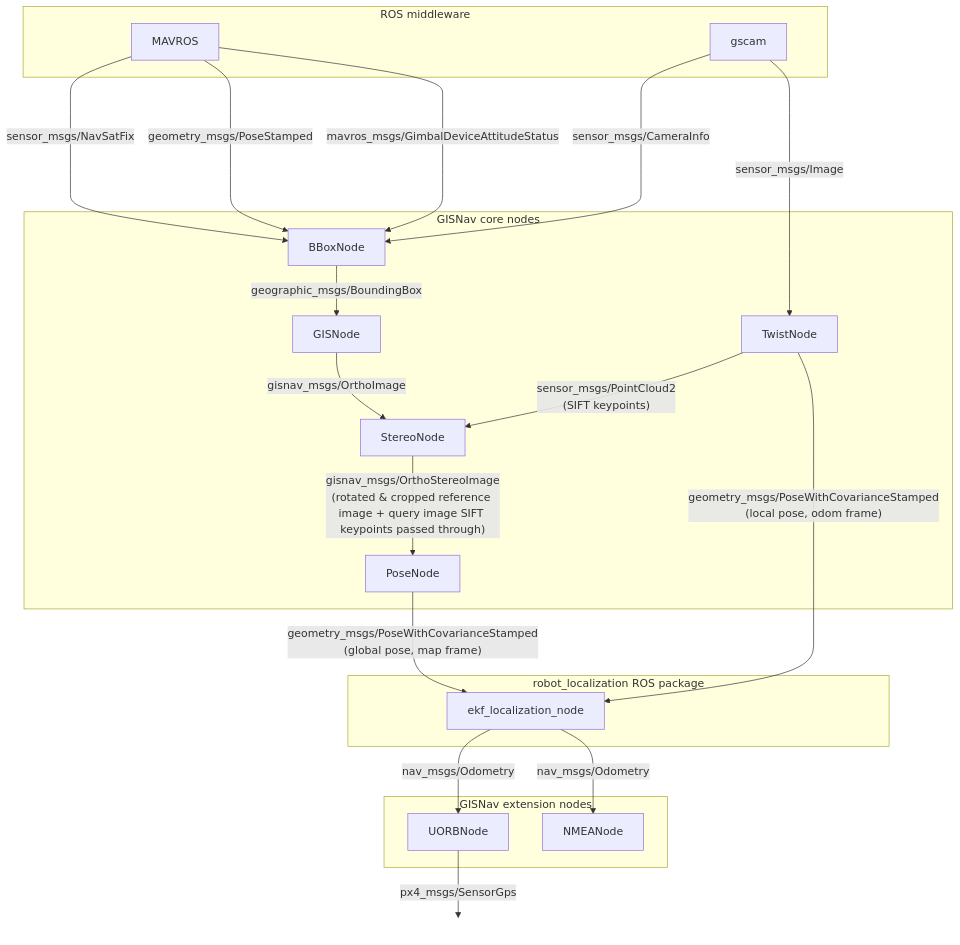
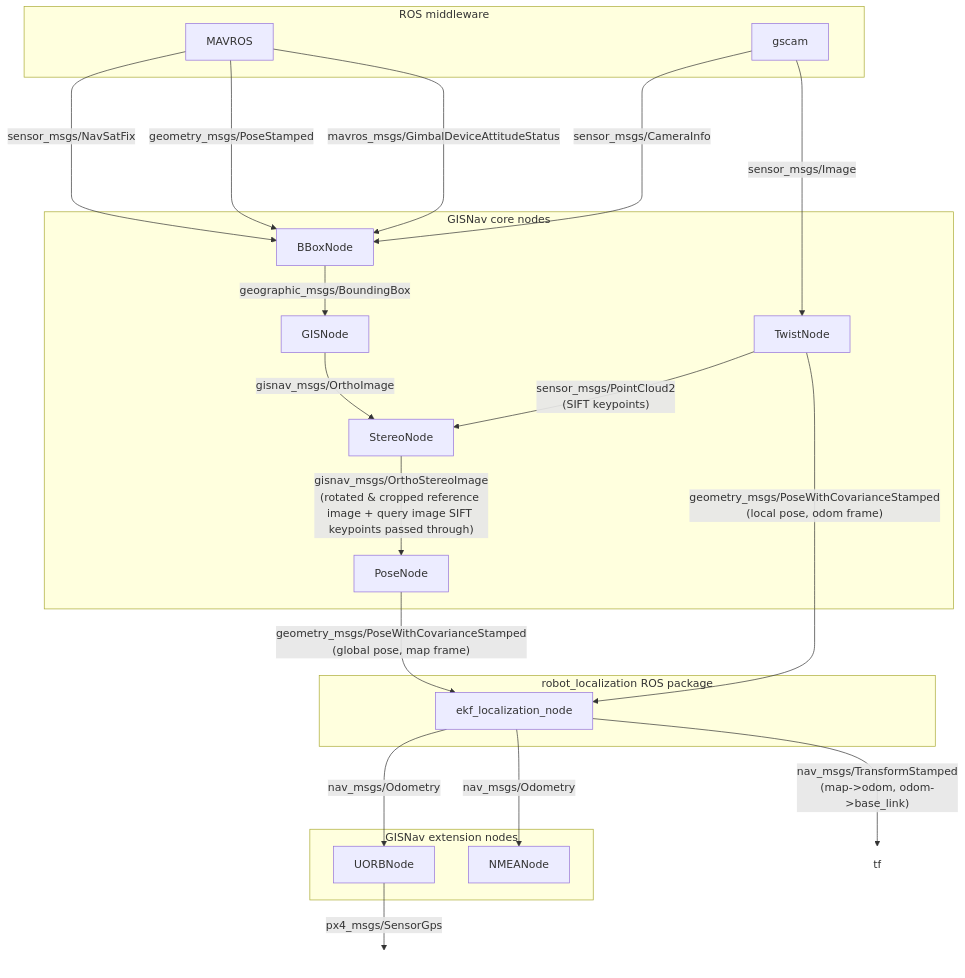
One commit to hmakelin/gisnav changed the first of 3 diagrams in docs/vitepress/docs/system-architecture.md. Above: the diagram before and after it, drawn with Mermaid.

Commit message:
Include tf topic in ROS topography diagram

````diff
--- a/docs/vitepress/docs/system-architecture.md
+++ b/docs/vitepress/docs/system-architecture.md
@@ -19,39 +19,40 @@
 ```mermaid
 graph TB
-
     subgraph ros_middleware["ROS middleware"]
         MAVROS
         gscam
     end
 
     MAVROS -->|"sensor_msgs/NavSatFix"| BBoxNode
     MAVROS -->|"geometry_msgs/PoseStamped"| BBoxNode
     MAVROS -->|"mavros_msgs/GimbalDeviceAttitudeStatus"| BBoxNode
     gscam ---->|"sensor_msgs/CameraInfo"| BBoxNode
     gscam ---->|"sensor_msgs/Image"| TwistNode
 
     subgraph core["GISNav core nodes"]
         BBoxNode -->|"geographic_msgs/BoundingBox"| GISNode
         GISNode -->|"gisnav_msgs/OrthoImage"| StereoNode
         StereoNode -->|"gisnav_msgs/OrthoStereoImage\n(rotated & cropped reference image + query image SIFT keypoints passed through)"| PoseNode
         TwistNode -->|"sensor_msgs/PointCloud2\n(SIFT keypoints)"| StereoNode
     end
 
     subgraph extension["GISNav extension nodes"]
         NMEANode["NMEANode"]
         UORBNode["UORBNode"]
     end
 
     subgraph robot_localization["robot_localization ROS package"]
         ekf["ekf_localization_node"] -->|"nav_msgs/Odometry"| UORBNode
         ekf["ekf_localization_node"] -->|"nav_msgs/Odometry"| NMEANode
     end
 
     TwistNode -->|"geometry_msgs/PoseWithCovarianceStamped\n(local pose, odom frame)"| ekf
 
     PoseNode -->|"geometry_msgs/PoseWithCovarianceStamped\n(global pose, map frame)"| ekf
     UORBNode -->|"px4_msgs/SensorGps"| micro_ros_agent[" "]
+    ekf["ekf_localization_node"] -->|"nav_msgs/TransformStamped\n(map->odom, odom->base_link)"| tf
 
     style micro_ros_agent fill-opacity:0, stroke-opacity:0;
+    style tf fill-opacity:0, stroke-opacity:0;
 
 ```
````
